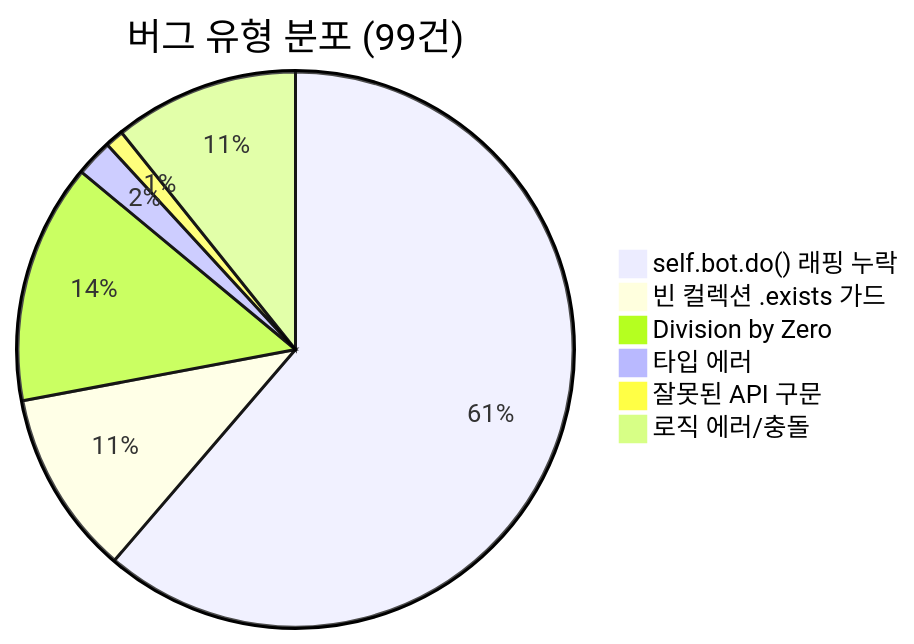
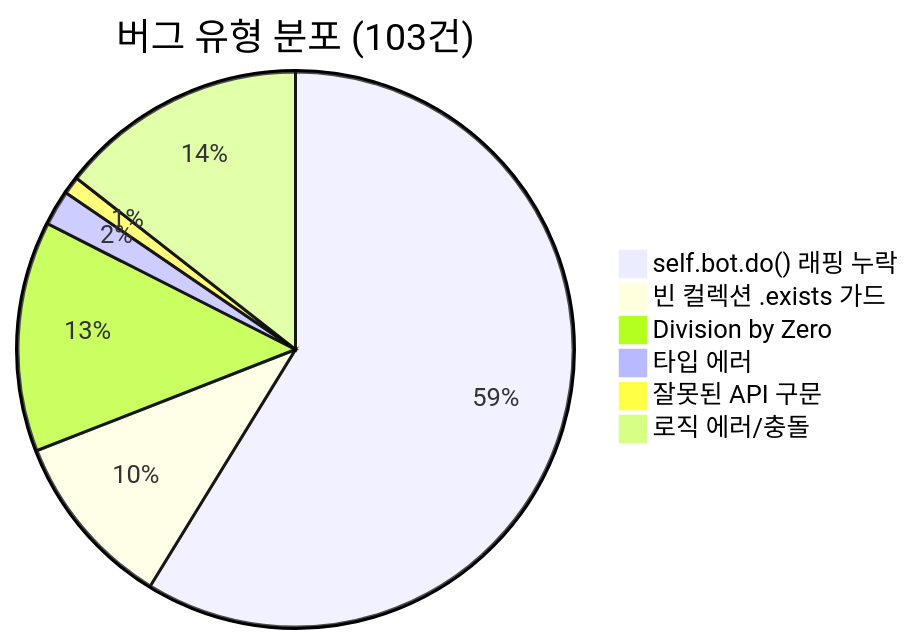
Diagram 21 of 31 in README.md (sun475300-sudo/Swarm-control-in-sc2bot), drawn with Mermaid before and after one commit. The commit also changed other lines of this file, not shown here.

````diff
--- a/README.md
+++ b/README.md
@@ -602,9 +602,9 @@
 ```mermaid
-pie title 버그 유형 분포 (99건)
+pie title 버그 유형 분포 (103건)
     "self.bot.do() 래핑 누락" : 57
     "빈 컬렉션 .exists 가드" : 10
     "Division by Zero" : 13
     "타입 에러" : 2
     "잘못된 API 구문" : 1
-    "로직 에러/충돌" : 10
+    "로직 에러/충돌" : 14
 ```
````
